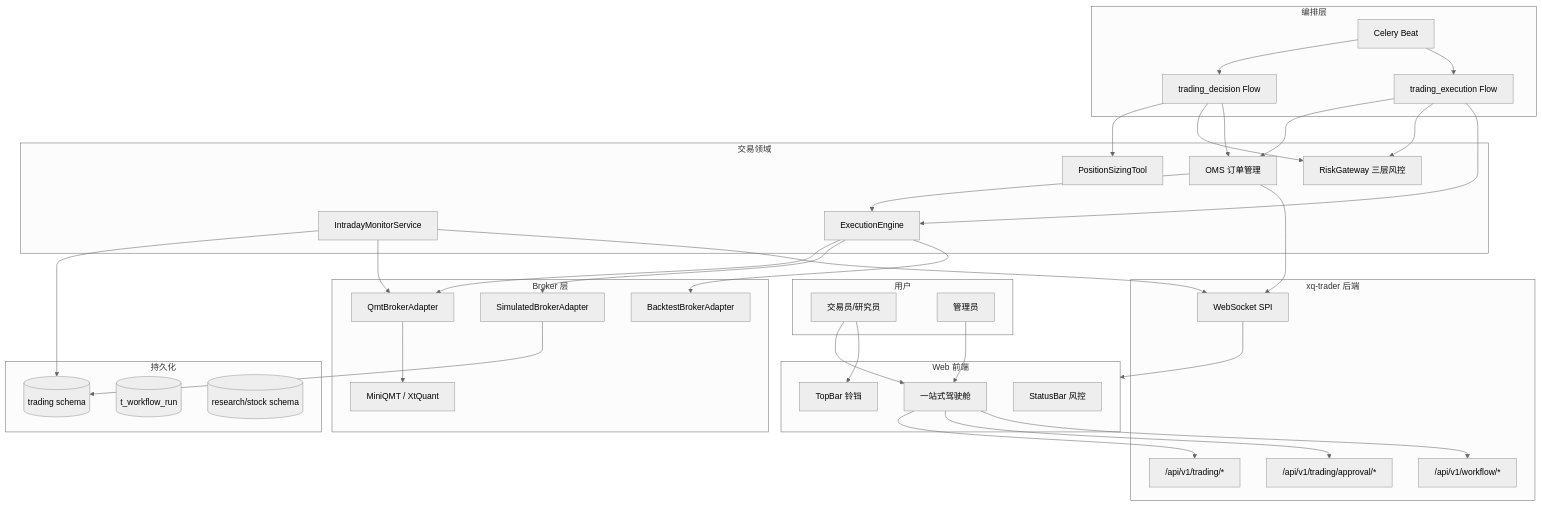
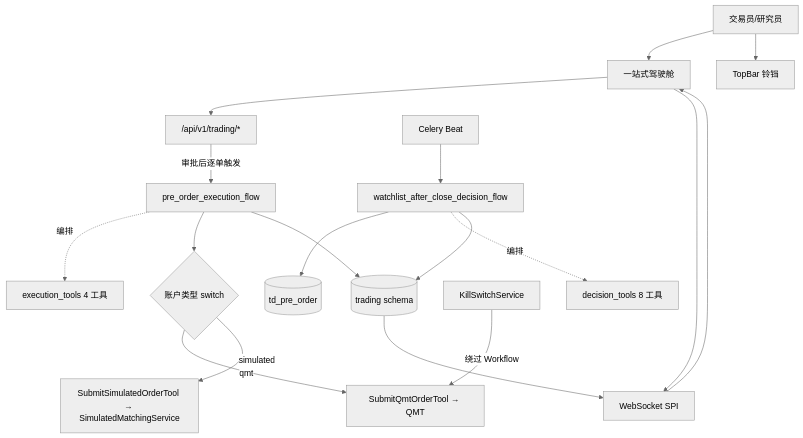
Before and after one commit to bitiany/xq-trader: the first of 8 diagrams in docs/trading-system-design.md, drawn with Mermaid (neutral theme). The commit also changed other lines of this file and 8 other files, not shown here.

````diff
--- a/docs/trading-system-design.md
+++ b/docs/trading-system-design.md
@@ -27,61 +47,19 @@
 ```mermaid
 flowchart TB
-    subgraph users [用户]
-        Trader[交易员/研究员]
-        Admin[管理员]
-    end
+    Trader[交易员/研究员] --> Cockpit[一站式驾驶舱] & Bell[TopBar 铃铛]
+    Cockpit --> TradingAPI["/api/v1/trading/*"] & WSServer[WebSocket SPI]
 
-    subgraph frontend [Web 前端]
-        Cockpit[一站式驾驶舱]
-        Bell[TopBar 铃铛]
-        SB[StatusBar 风控]
-    end
+    CeleryBeat[Celery Beat] --> DecisionFlow[watchlist_after_close_decision_flow]
+    DecisionFlow --> PO[(td_pre_order)]
+    TradingAPI -->|审批后逐单触发| ExecutionFlow[pre_order_execution_flow]
 
-    subgraph backend [xq-trader 后端]
-        TradingAPI["/api/v1/trading/*"]
-        WorkflowAPI["/api/v1/workflow/*"]
-        ApprovalAPI["/api/v1/trading/approval/*"]
-        WSServer[WebSocket SPI]
-    end
+    DecisionFlow -.编排.-> DecTools[decision_tools 8 工具]
+    ExecutionFlow -.编排.-> ExecTools[execution_tools 4 工具]
+    ExecutionFlow --> Broker{账户类型 switch}
+    Broker -->|qmt| Qmt[SubmitQmtOrderTool → QMT]
+    Broker -->|simulated| Sim[SubmitSimulatedOrderTool → SimulatedMatchingService]
 
-    subgraph orchestration [编排层]
-        CeleryBeat[Celery Beat]
-        DecisionFlow[trading_decision Flow]
-        ExecutionFlow[trading_execution Flow]
-    end
-
-    subgraph domain [交易领域]
-        OMS[OMS 订单管理]
-        Risk[RiskGateway 三层风控]
-        Sizing[PositionSizingTool]
-        Monitor[IntradayMonitorService]
-        ExecEngine[ExecutionEngine]
-    end
-
-    subgraph broker [Broker 层]
-        QmtAdapter[QmtBrokerAdapter]
-        SimAdapter[SimulatedBrokerAdapter]
-        BtAdapter[BacktestBrokerAdapter]
-        QMT[MiniQMT / XtQuant]
-    end
-
-    subgraph storage [持久化]
-        TradingDB[(trading schema)]
-        WorkflowDB[(t_workflow_run)]
-        FactorDB[(research/stock schema)]
-    end
-
-    Trader --> Cockpit & Bell
-    Admin --> Cockpit
-    Cockpit --> TradingAPI & ApprovalAPI & WorkflowAPI
-    CeleryBeat --> DecisionFlow & ExecutionFlow
-    DecisionFlow --> Sizing & Risk & OMS
-    ExecutionFlow --> OMS & Risk & ExecEngine
-    OMS --> ExecEngine
-    ExecEngine --> QmtAdapter & SimAdapter & BtAdapter
-    QmtAdapter --> QMT
-    SimAdapter --> TradingDB
-    Monitor --> TradingDB & QmtAdapter
-    OMS & Monitor --> WSServer
-    WSServer --> frontend
+    KillSwitch[KillSwitchService] -->|绕过 Workflow| Qmt
+    DecisionFlow & ExecutionFlow --> TradingDB[(trading schema)]
+    TradingDB --> WSServer --> Cockpit
 ```
````
